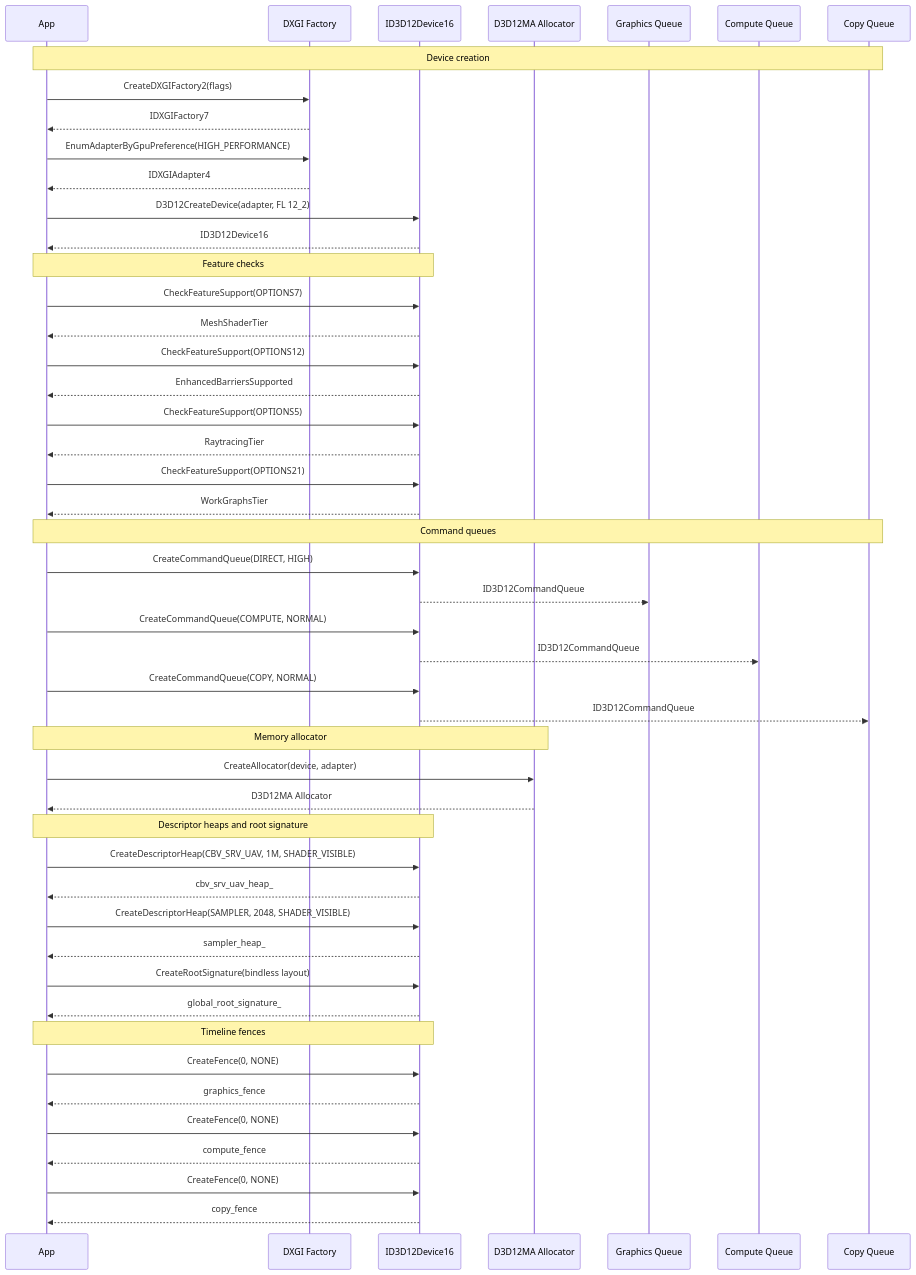
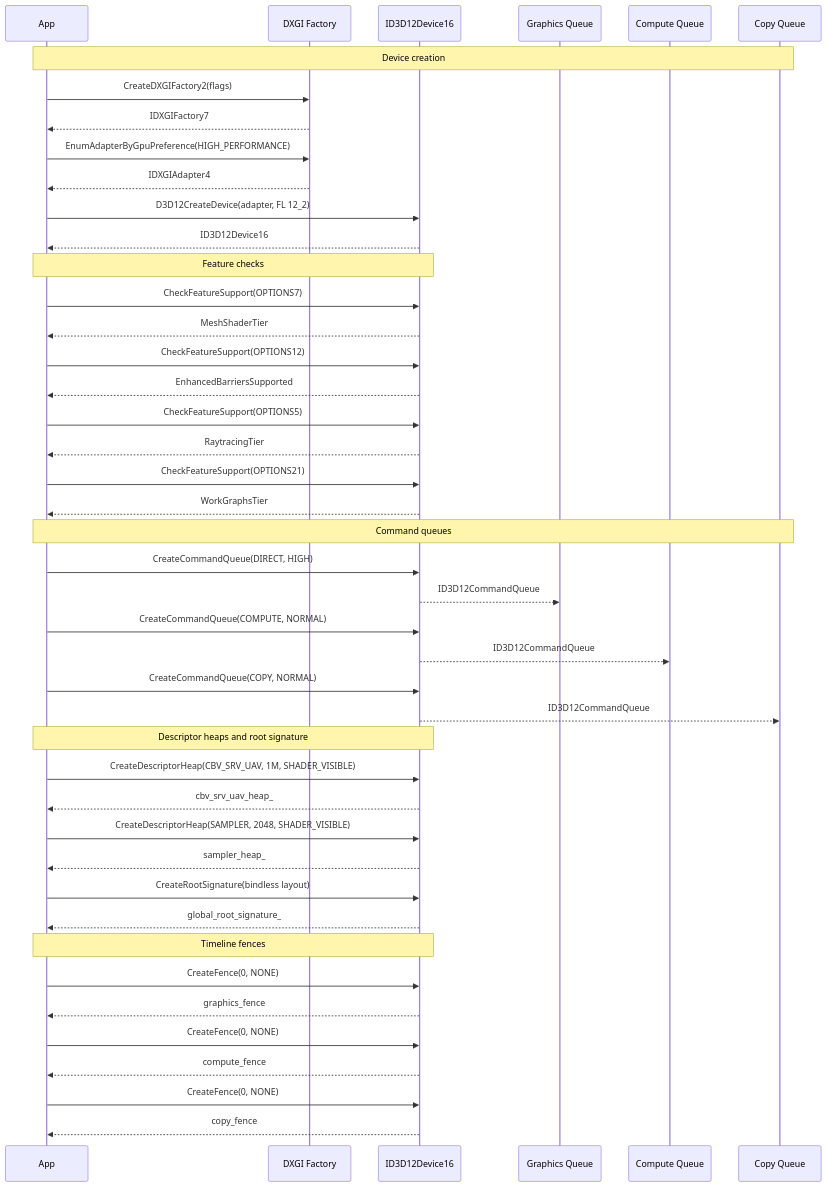
One commit to harmonius-dev/harmonius changed the sixth of 9 diagrams in docs/design/gpu-backend-d3d12-classes.md. Above: the diagram before and after it, drawn with Mermaid. The commit also changed other lines of this file and 28 other files, not shown here.

````diff
--- a/docs/design/gpu-backend-d3d12-classes.md
+++ b/docs/design/gpu-backend-d3d12-classes.md
@@ -445,64 +440,58 @@
 ```mermaid
 sequenceDiagram
     participant App
     participant DXGI as DXGI Factory
     participant Dev as ID3D12Device16
-    participant DMA as D3D12MA Allocator
     participant GFX as Graphics Queue
     participant CMP as Compute Queue
     participant CPY as Copy Queue
 
     Note over App,CPY: Device creation
 
     App->>DXGI: CreateDXGIFactory2(flags)
     DXGI-->>App: IDXGIFactory7
 
     App->>DXGI: EnumAdapterByGpuPreference(HIGH_PERFORMANCE)
     DXGI-->>App: IDXGIAdapter4
 
     App->>Dev: D3D12CreateDevice(adapter, FL 12_2)
     Dev-->>App: ID3D12Device16
 
     Note over App,Dev: Feature checks
 
     App->>Dev: CheckFeatureSupport(OPTIONS7)
     Dev-->>App: MeshShaderTier
     App->>Dev: CheckFeatureSupport(OPTIONS12)
     Dev-->>App: EnhancedBarriersSupported
     App->>Dev: CheckFeatureSupport(OPTIONS5)
     Dev-->>App: RaytracingTier
     App->>Dev: CheckFeatureSupport(OPTIONS21)
     Dev-->>App: WorkGraphsTier
 
     Note over App,CPY: Command queues
 
     App->>Dev: CreateCommandQueue(DIRECT, HIGH)
     Dev-->>GFX: ID3D12CommandQueue
     App->>Dev: CreateCommandQueue(COMPUTE, NORMAL)
     Dev-->>CMP: ID3D12CommandQueue
     App->>Dev: CreateCommandQueue(COPY, NORMAL)
     Dev-->>CPY: ID3D12CommandQueue
 
-    Note over App,DMA: Memory allocator
-
-    App->>DMA: CreateAllocator(device, adapter)
-    DMA-->>App: D3D12MA Allocator
-
     Note over App,Dev: Descriptor heaps and root signature
 
     App->>Dev: CreateDescriptorHeap(CBV_SRV_UAV, 1M, SHADER_VISIBLE)
     Dev-->>App: cbv_srv_uav_heap_
     App->>Dev: CreateDescriptorHeap(SAMPLER, 2048, SHADER_VISIBLE)
     Dev-->>App: sampler_heap_
     App->>Dev: CreateRootSignature(bindless layout)
     Dev-->>App: global_root_signature_
 
     Note over App,Dev: Timeline fences
 
     App->>Dev: CreateFence(0, NONE)
     Dev-->>App: graphics_fence
     App->>Dev: CreateFence(0, NONE)
     Dev-->>App: compute_fence
     App->>Dev: CreateFence(0, NONE)
     Dev-->>App: copy_fence
 ```
````
